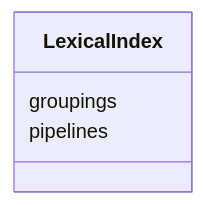
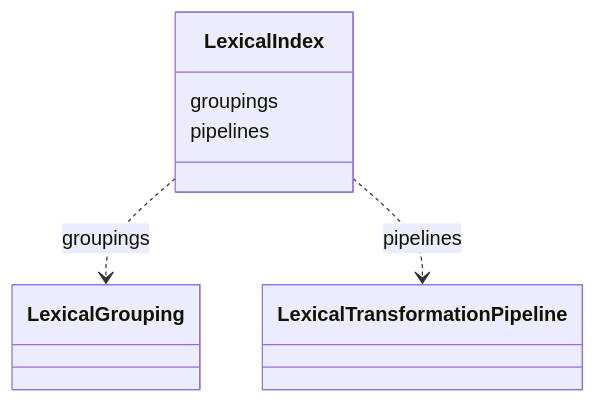
The diagram in lexical-index/LexicalIndex.md (INCATools/ontology-access-kit), drawn with Mermaid before and after one commit. The commit also changed 1783 other files, not shown here.

````diff
--- a/lexical-index/LexicalIndex.md
+++ b/lexical-index/LexicalIndex.md
@@ -11,7 +11,13 @@
 ```{mermaid}
  classDiagram
     class LexicalIndex
       LexicalIndex : groupings
+        
+          LexicalIndex ..> LexicalGrouping : groupings
+        
       LexicalIndex : pipelines
+        
+          LexicalIndex ..> LexicalTransformationPipeline : pipelines
+        
       
 ```
````
